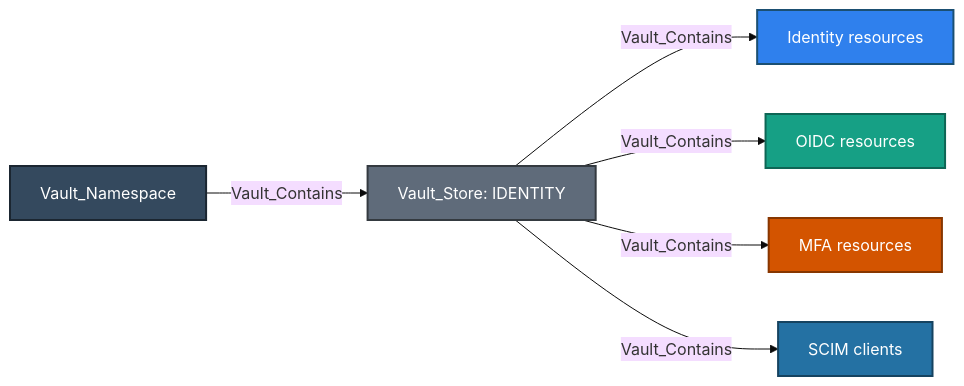
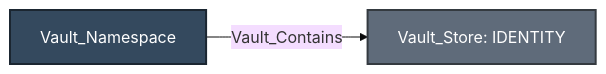
One commit to bytewreck/opengraph-vault changed the first of 12 diagrams in Documentation/stores/IDENTITY.md. Above: the diagram before and after it, drawn with Mermaid (base theme). The commit also changed other lines of this file and 1 other file, not shown here.

````diff
--- a/Documentation/stores/IDENTITY.md
+++ b/Documentation/stores/IDENTITY.md
@@ -9,15 +9,7 @@
 ```mermaid
 flowchart LR
     namespace[Vault_Namespace]:::namespaceNode -->|Vault_Contains| store[Vault_Store: IDENTITY]:::storeNode
-    store -->|Vault_Contains| administration[Identity resources]:::entityNode
-    store -->|Vault_Contains| oidc[OIDC resources]:::oidcNode
-    store -->|Vault_Contains| mfa[MFA resources]:::mfaNode
-    store -->|Vault_Contains| scim[SCIM clients]:::scimNode
 
     classDef namespaceNode fill:#34495E,color:#fff,stroke:#1B2631,stroke-width:2px
     classDef storeNode fill:#5F6B7A,color:#fff,stroke:#343A40,stroke-width:2px
-    classDef entityNode fill:#2F80ED,color:#fff,stroke:#1B4F72,stroke-width:2px
-    classDef oidcNode fill:#16A085,color:#fff,stroke:#0E6655,stroke-width:2px
-    classDef mfaNode fill:#D35400,color:#fff,stroke:#873600,stroke-width:2px
-    classDef scimNode fill:#2471A3,color:#fff,stroke:#154360,stroke-width:2px
 ```
````
